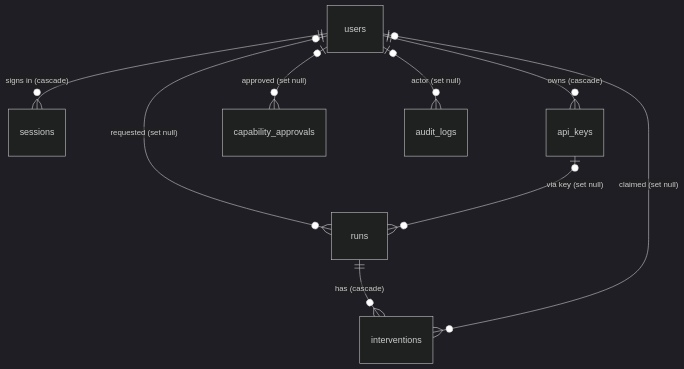
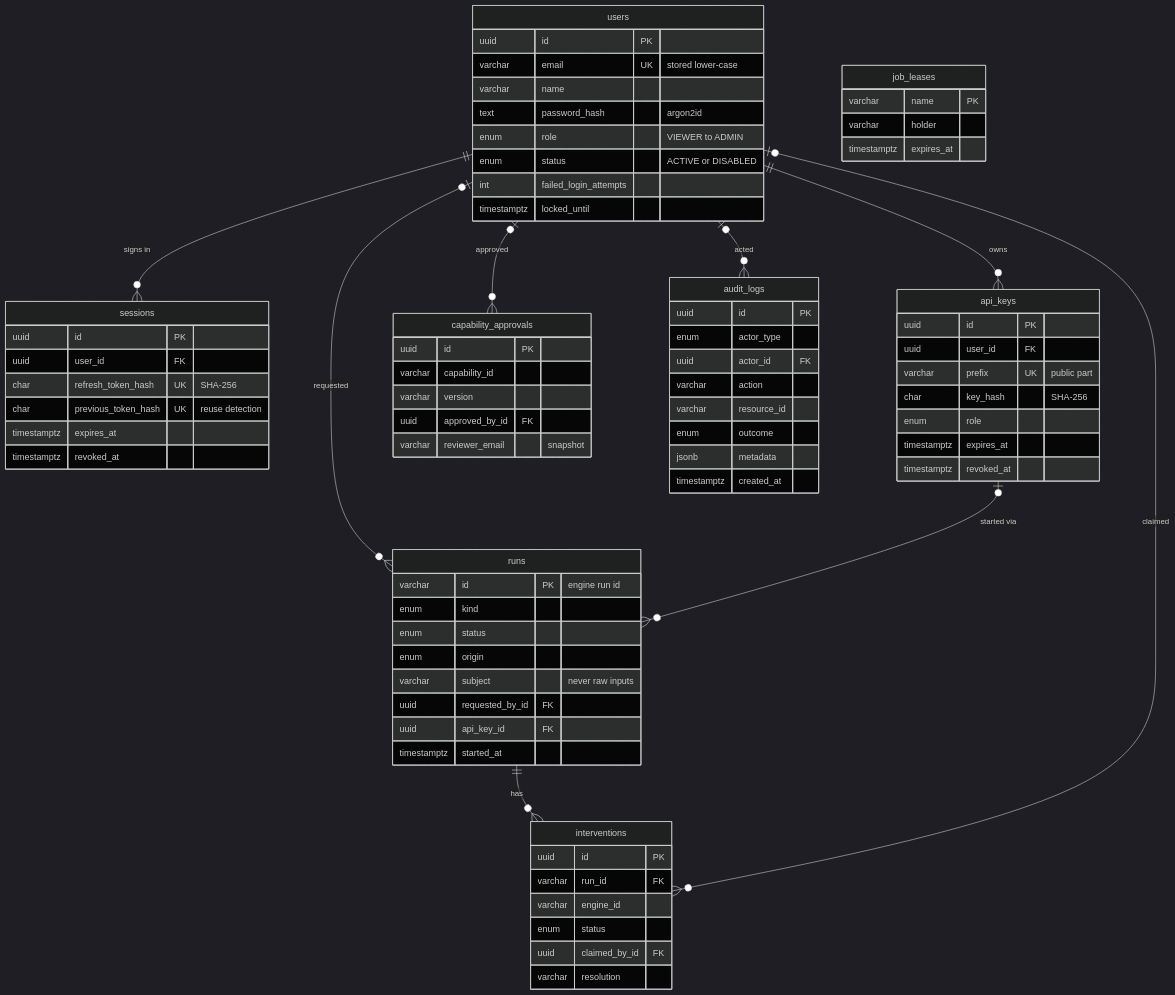
The third of 8 diagrams in backend/README.md (manastole03/Assessment), drawn with Mermaid (dark theme) before and after one commit. The commit also changed other lines of this file and 3 other files, not shown here.

````diff
--- a/backend/README.md
+++ b/backend/README.md
@@ -157,11 +361,79 @@
 ```mermaid
 erDiagram
-    users ||--o{ sessions : "signs in (cascade)"
-    users ||--o{ api_keys : "owns (cascade)"
-    users |o--o{ runs : "requested (set null)"
-    api_keys |o--o{ runs : "via key (set null)"
-    runs ||--o{ interventions : "has (cascade)"
-    users |o--o{ interventions : "claimed (set null)"
-    users |o--o{ capability_approvals : "approved (set null)"
-    users |o--o{ audit_logs : "actor (set null)"
+    users ||--o{ sessions : "signs in"
+    users ||--o{ api_keys : "owns"
+    users |o--o{ runs : "requested"
+    api_keys |o--o{ runs : "started via"
+    runs ||--o{ interventions : "has"
+    users |o--o{ interventions : "claimed"
+    users |o--o{ capability_approvals : "approved"
+    users |o--o{ audit_logs : "acted"
+
+    users {
+        uuid id PK
+        varchar email UK "stored lower-case"
+        varchar name
+        text password_hash "argon2id"
+        enum role "VIEWER to ADMIN"
+        enum status "ACTIVE or DISABLED"
+        int failed_login_attempts
+        timestamptz locked_until
+    }
+    sessions {
+        uuid id PK
+        uuid user_id FK
+        char refresh_token_hash UK "SHA-256"
+        char previous_token_hash UK "reuse detection"
+        timestamptz expires_at
+        timestamptz revoked_at
+    }
+    api_keys {
+        uuid id PK
+        uuid user_id FK
+        varchar prefix UK "public part"
+        char key_hash "SHA-256"
+        enum role
+        timestamptz expires_at
+        timestamptz revoked_at
+    }
+    runs {
+        varchar id PK "engine run id"
+        enum kind
+        enum status
+        enum origin
+        varchar subject "never raw inputs"
+        uuid requested_by_id FK
+        uuid api_key_id FK
+        timestamptz started_at
+    }
+    interventions {
+        uuid id PK
+        varchar run_id FK
+        varchar engine_id
+        enum status
+        uuid claimed_by_id FK
+        varchar resolution
+    }
+    capability_approvals {
+        uuid id PK
+        varchar capability_id
+        varchar version
+        uuid approved_by_id FK
+        varchar reviewer_email "snapshot"
+    }
+    audit_logs {
+        uuid id PK
+        enum actor_type
+        uuid actor_id FK
+        varchar action
+        varchar resource_id
+        enum outcome
+        jsonb metadata
+        timestamptz created_at
+    }
+    job_leases {
+        varchar name PK
+        varchar holder
+        timestamptz expires_at
+    }
 ```
````
